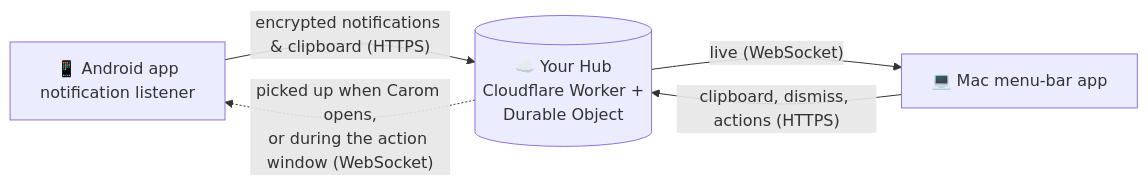
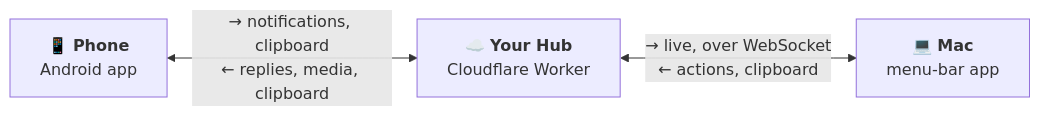
Before and after one commit to tajchert/carom: the diagram in README.md, drawn with Mermaid.

Commit message:
README: simplify the How it works diagram so GitHub renders it cleanly

````diff
--- a/README.md
+++ b/README.md
@@ -67,11 +67,9 @@
 ```mermaid
 flowchart LR
-    P["📱 Android app<br/>notification listener"]
-    H[("☁️ Your Hub<br/>Cloudflare Worker +<br/>Durable Object")]
-    M["💻 Mac menu-bar app"]
+    P["📱 <b>Phone</b><br/>Android app"]
+    H["☁️ <b>Your Hub</b><br/>Cloudflare Worker"]
+    M["💻 <b>Mac</b><br/>menu-bar app"]
 
-    P -- "encrypted notifications & clipboard (HTTPS)" --> H
-    H -- "live (WebSocket)" --> M
-    M -- "clipboard, dismiss, actions (HTTPS)" --> H
-    H -. "picked up when Carom opens,<br/>or during the action window (WebSocket)" .-> P
+    P <-- "→ notifications, clipboard<br/>← replies, media, clipboard" --> H
+    H <-- "→ live, over WebSocket<br/>← actions, clipboard" --> M
 ```
````
